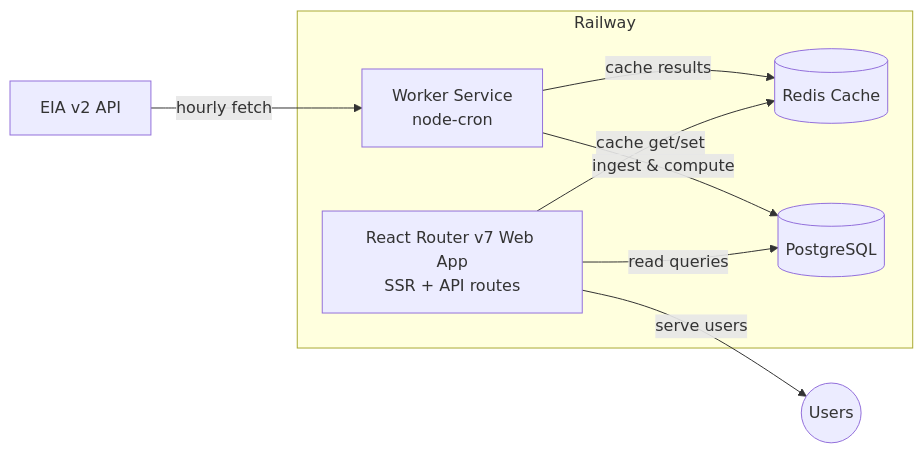
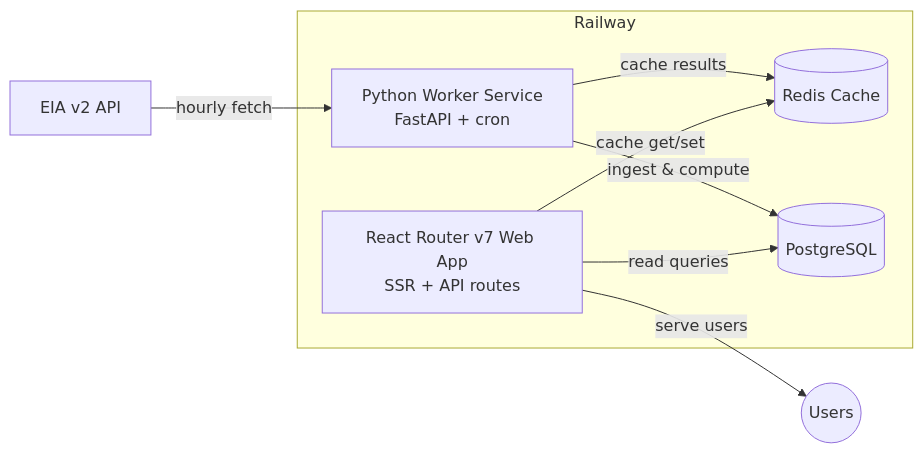
The diagram in docs/specs/GRID-008.md (awynne/grid), drawn with Mermaid before and after one commit. The commit also changed other lines of this file and 24 other files, not shown here.

````diff
--- a/docs/specs/GRID-008.md
+++ b/docs/specs/GRID-008.md
@@ -47,15 +47,15 @@
 ```mermaid
 flowchart LR
-  EIA[EIA v2 API] -->|hourly fetch| W[Worker Service]
+  EIA[EIA v2 API] -->|hourly fetch| W[Python Worker Service]
   subgraph Railway
-    W[Worker Service<br/>node-cron]
+    W[Python Worker Service<br/>FastAPI + cron]
     WEB[React Router v7 Web App<br/>SSR + API routes]
     R[(Redis Cache)]
     PG[(PostgreSQL)]
   end
   W -->|ingest & compute| PG
   W -->|cache results| R
   WEB -->|read queries| PG
   WEB -->|cache get/set| R
   WEB -->|serve users| Users((Users))
 ```
````
